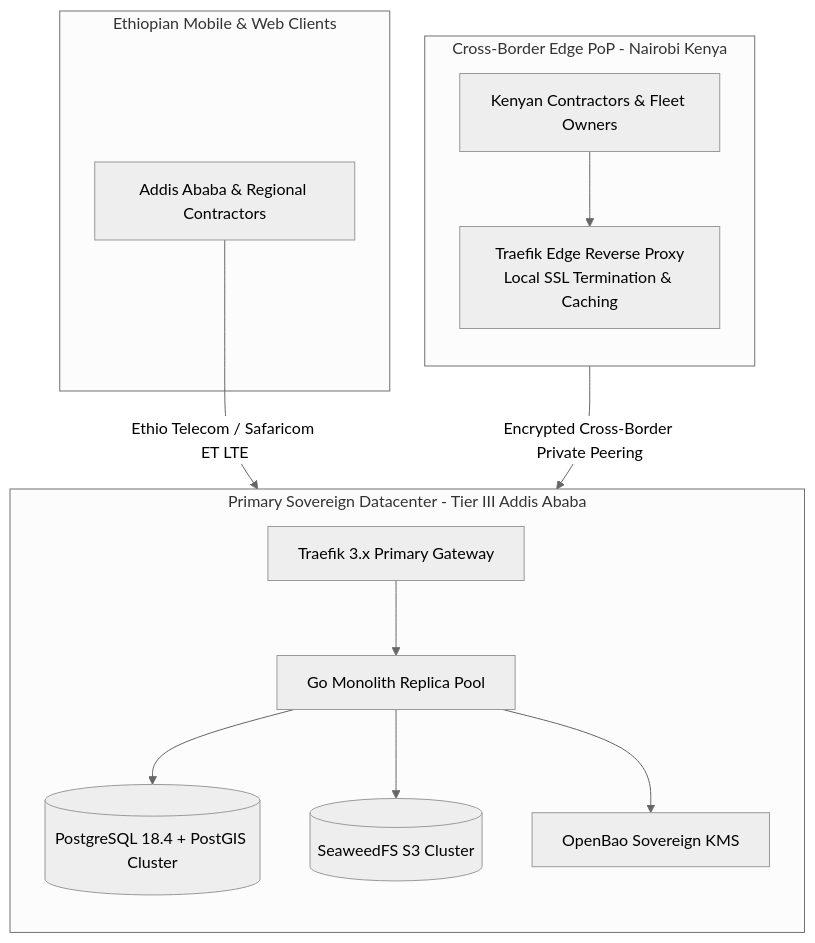
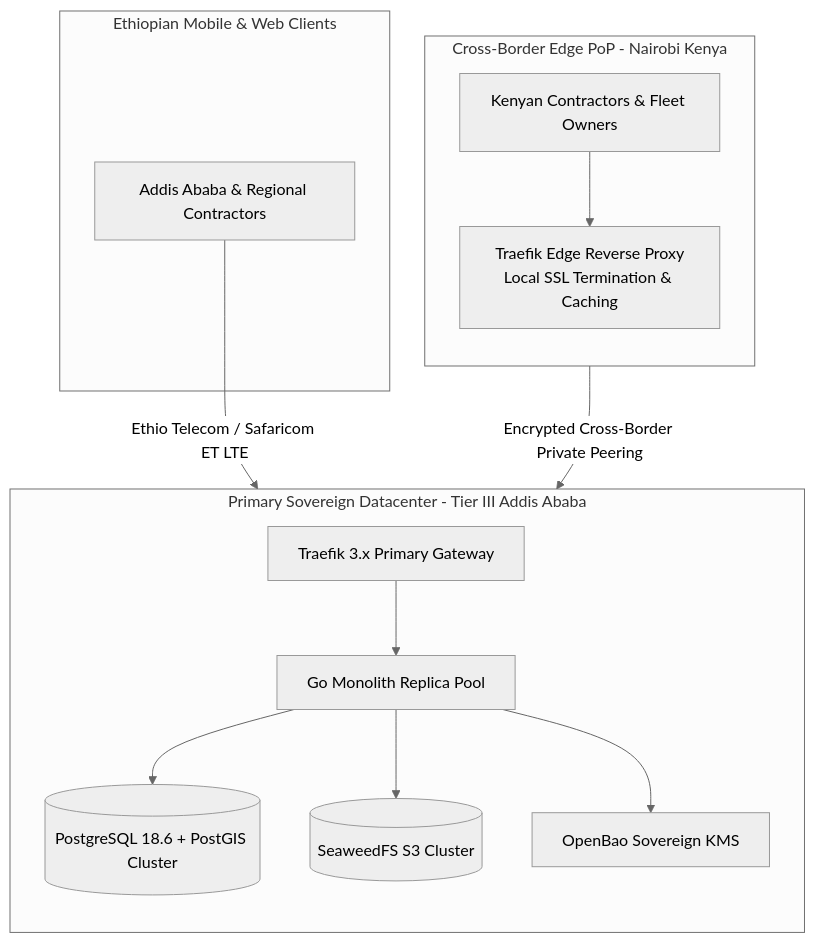
The fourth of 7 diagrams in docs/shared/architecture/10-deployment-architecture.md (YDink/Heavy-Machinery-Logistics-Rental), drawn with Mermaid (neutral theme) before and after one commit. The commit also changed other lines of this file and 212 other files, not shown here.

````diff
--- a/docs/shared/architecture/10-deployment-architecture.md
+++ b/docs/shared/architecture/10-deployment-architecture.md
@@ -578,30 +578,30 @@
 ```mermaid
 flowchart TD
     subgraph AddisAbabaDC [Primary Sovereign Datacenter - Tier III Addis Ababa]
         direction TB
         AddisEdge["Traefik 3.x Primary Gateway"]
         AddisMonolith["Go Monolith Replica Pool"]
-        AddisDB[("PostgreSQL 18.4 + PostGIS Cluster")]
+        AddisDB[("PostgreSQL 18.6 + PostGIS Cluster")]
         AddisS3[("SeaweedFS S3 Cluster")]
         AddisKMS["OpenBao Sovereign KMS"]
 
         AddisEdge --> AddisMonolith
         AddisMonolith --> AddisDB
         AddisMonolith --> AddisS3
         AddisMonolith --> AddisKMS
     end
 
     subgraph NairobiPoP [Cross-Border Edge PoP - Nairobi Kenya]
         direction TB
         NairobiEdge["Traefik Edge Reverse Proxy<br/>Local SSL Termination & Caching"]
         NairobiUsers["Kenyan Contractors & Fleet Owners"]
         NairobiUsers --> NairobiEdge
     end
 
     subgraph EthiopianUsers [Ethiopian Mobile & Web Clients]
         EthUsers["Addis Ababa & Regional Contractors"]
     end
 
     EthUsers -->|Ethio Telecom / Safaricom ET LTE| AddisEdge
     NairobiEdge -->|Encrypted Cross-Border Private Peering| AddisEdge
 ```
````
